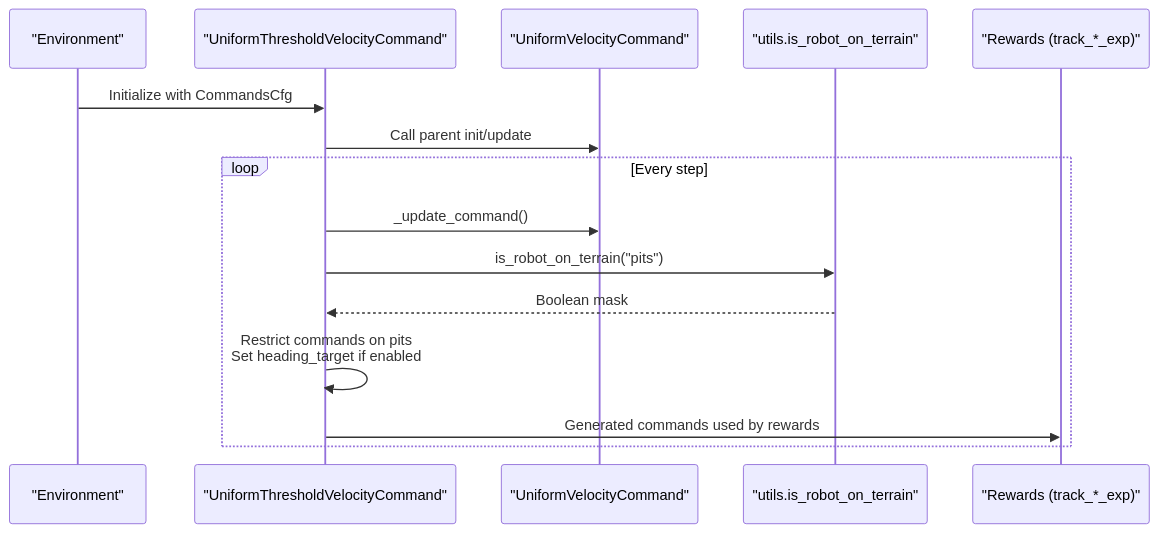
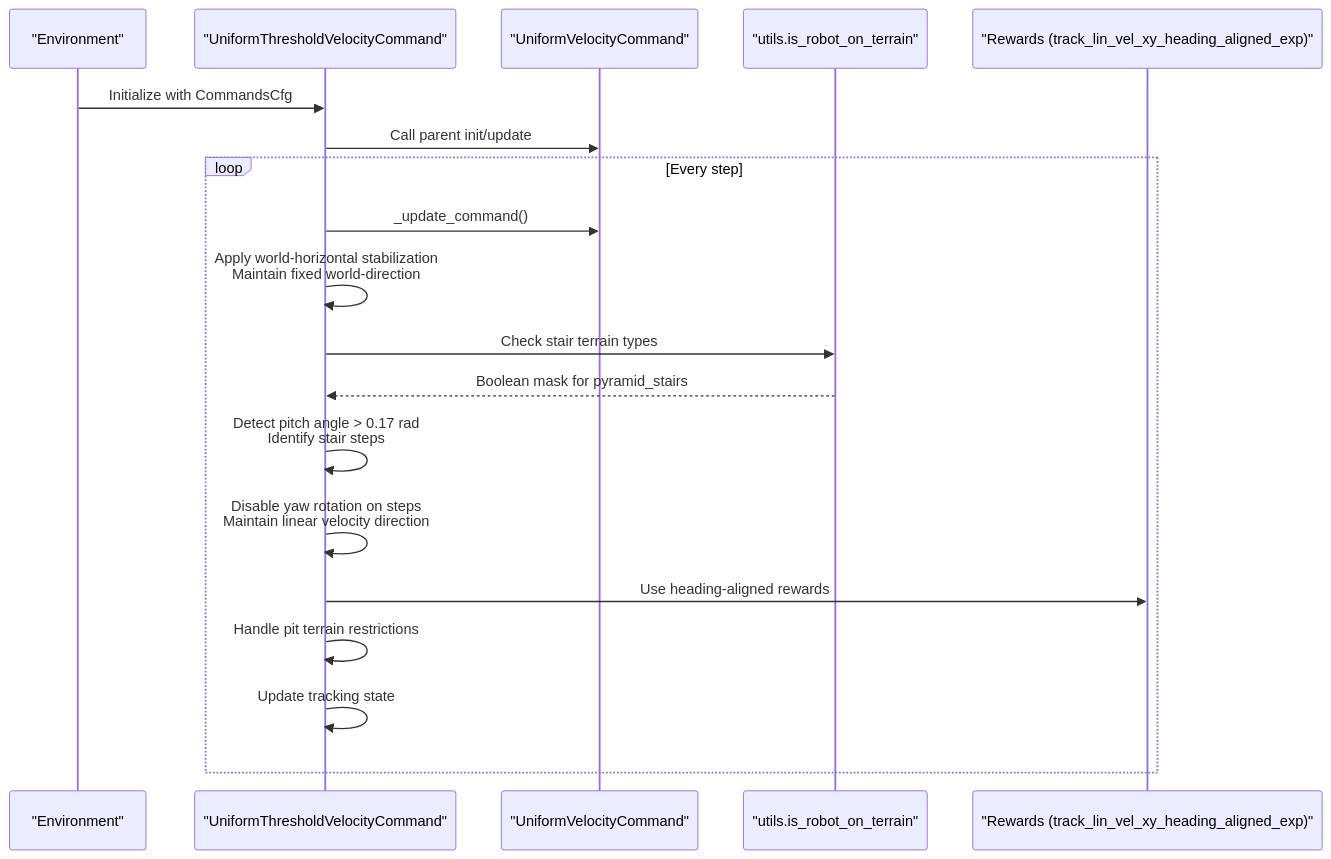
The second of 4 diagrams in .qoder/repowiki/en/content/Task Configuration Framework/Velocity-Based Locomotion Tasks/Command Generation and Tracking.md (jayjayhust/robot_lab), drawn with Mermaid before and after one commit. The commit also changed other lines of this file and 21 other files, not shown here.

````diff
--- a/.qoder/repowiki/en/content/Task Configuration Framework/Velocity-Based Locomotion Tasks/Command Generation and Tracking.md
+++ b/.qoder/repowiki/en/content/Task Configuration Framework/Velocity-Based Locomotion Tasks/Command Generation and Tracking.md
@@ -94,17 +111,21 @@
 ```mermaid
 sequenceDiagram
 participant Env as "Environment"
 participant Cmd as "UniformThresholdVelocityCommand"
 participant Base as "UniformVelocityCommand"
 participant Util as "utils.is_robot_on_terrain"
-participant Rew as "Rewards (track_*_exp)"
+participant Rew as "Rewards (track_lin_vel_xy_heading_aligned_exp)"
 Env->>Cmd : Initialize with CommandsCfg
 Cmd->>Base : Call parent init/update
 loop Every step
 Cmd->>Base : _update_command()
-Cmd->>Util : is_robot_on_terrain("pits")
-Util-->>Cmd : Boolean mask
-Cmd->>Cmd : Restrict commands on pits<br/>Set heading_target if enabled
-Cmd->>Rew : Generated commands used by rewards
+Cmd->>Cmd : Apply world-horizontal stabilization<br/>Maintain fixed world-direction
+Cmd->>Util : Check stair terrain types
+Util-->>Cmd : Boolean mask for pyramid_stairs
+Cmd->>Cmd : Detect pitch angle > 0.17 rad<br/>Identify stair steps
+Cmd->>Cmd : Disable yaw rotation on steps<br/>Maintain linear velocity direction
+Cmd->>Rew : Use heading-aligned rewards
+Cmd->>Cmd : Handle pit terrain restrictions
+Cmd->>Cmd : Update tracking state
 end
 ```
````
